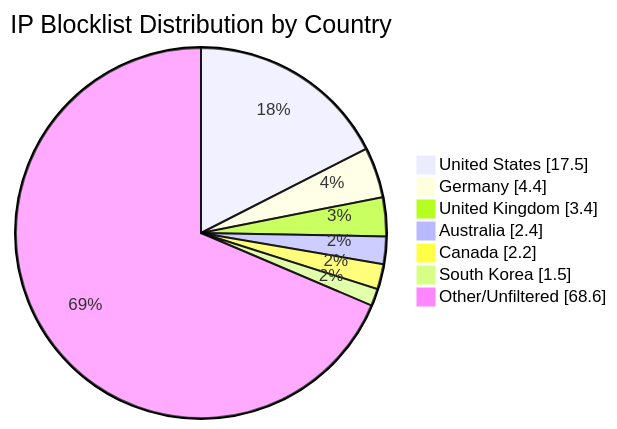
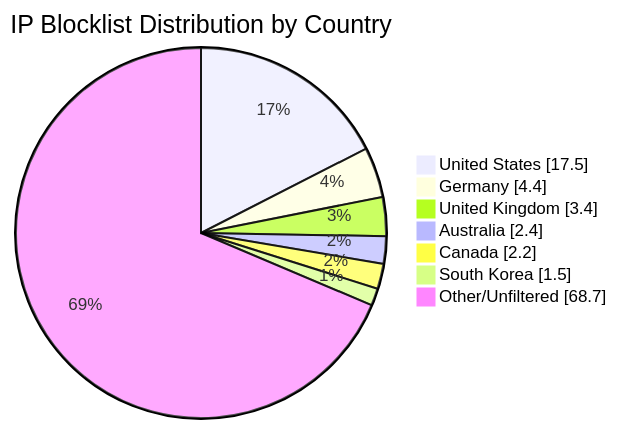
One commit to MarcusHoltz/ipblocklist-geofiltered-aggregator changed the diagram in README.md. Above: the diagram before and after it, drawn with Mermaid. The commit also changed other lines of this file and 9 other files, not shown here.

````diff
--- a/README.md
+++ b/README.md
@@ -34,10 +34,10 @@
 ```mermaid
 pie showData title IP Blocklist Distribution by Country
 "United States" : 17.5
 "Germany" : 4.4
 "United Kingdom" : 3.4
 "Australia" : 2.4
 "Canada" : 2.2
 "South Korea" : 1.5
-"Other/Unfiltered" : 68.6
+"Other/Unfiltered" : 68.7
 ```
````
